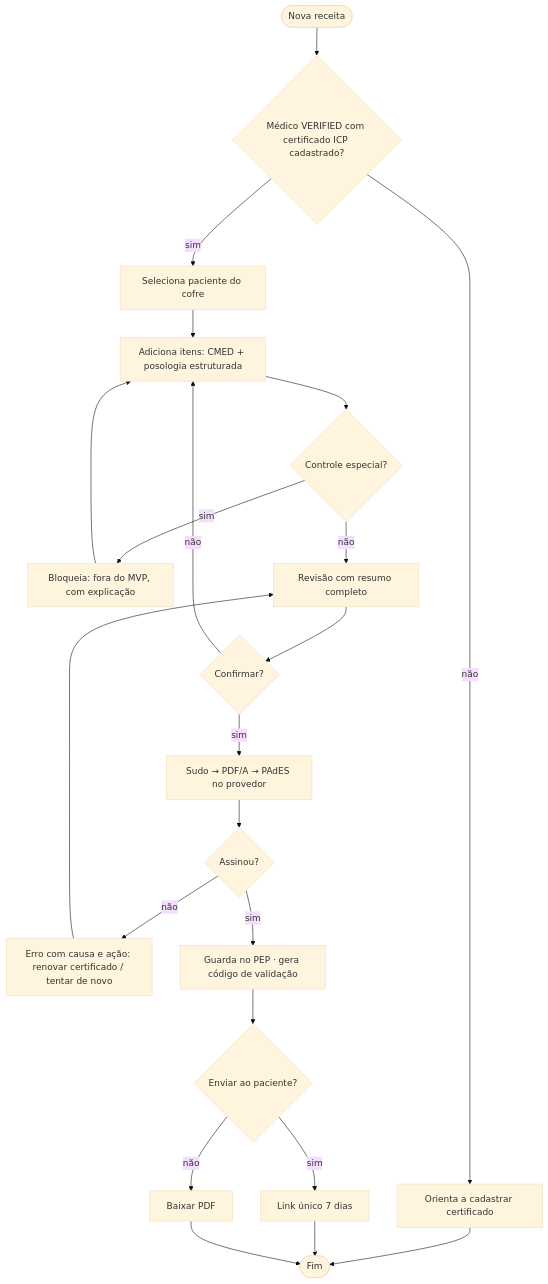
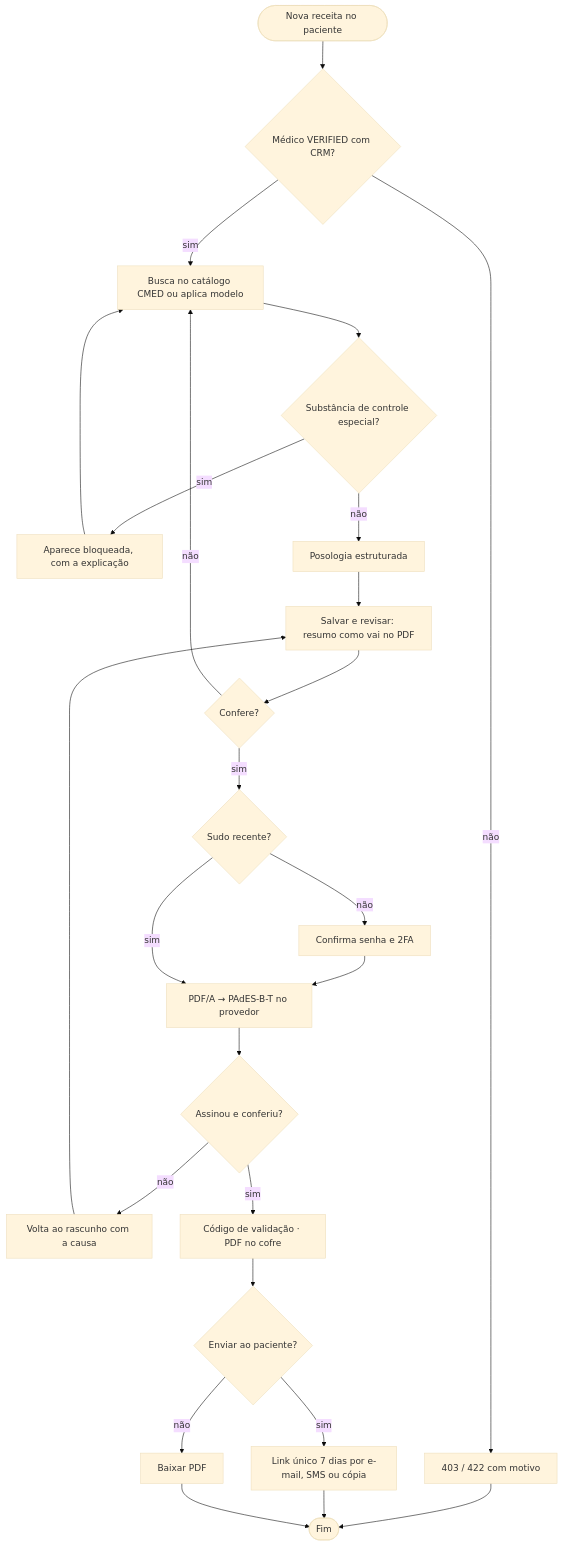
One commit to MatheusHaliski/doctor_explorer changed the fifth of 5 diagrams in docs/rf/RF09-prescricao-e-exames-icp.md. Above: the diagram before and after it, drawn with Mermaid (base theme). The commit also changed other lines of this file and 77 other files, not shown here.

First line of the commit message:
RF09: receita e pedido de exame em PDF/A com PAdES-B-T, QR, validador público e link de uso único

````diff
--- a/docs/rf/RF09-prescricao-e-exames-icp.md
+++ b/docs/rf/RF09-prescricao-e-exames-icp.md
@@ -176,20 +229,22 @@
 ```mermaid
 flowchart TD
-    A([Nova receita]) --> B{Médico VERIFIED com certificado ICP cadastrado?}
-    B -- não --> C[Orienta a cadastrar certificado] --> Z([Fim])
-    B -- sim --> D[Seleciona paciente do cofre]
-    D --> E[Adiciona itens: CMED + posologia estruturada]
-    E --> F{Controle especial?}
-    F -- sim --> G[Bloqueia: fora do MVP, com explicação] --> E
-    F -- não --> H[Revisão com resumo completo]
-    H --> I{Confirmar?}
+    A([Nova receita no paciente]) --> B{Médico VERIFIED com CRM?}
+    B -- não --> C[403 / 422 com motivo] --> Z([Fim])
+    B -- sim --> E[Busca no catálogo CMED ou aplica modelo]
+    E --> F{Substância de controle especial?}
+    F -- sim --> G[Aparece bloqueada, com a explicação] --> E
+    F -- não --> E2[Posologia estruturada]
+    E2 --> H[Salvar e revisar: resumo como vai no PDF]
+    H --> I{Confere?}
     I -- não --> E
-    I -- sim --> J[Sudo → PDF/A → PAdES no provedor]
-    J --> K{Assinou?}
-    K -- não --> L[Erro com causa e ação: renovar certificado / tentar de novo] --> H
-    K -- sim --> M[Guarda no PEP · gera código de validação]
+    I -- sim --> S{Sudo recente?}
+    S -- não --> S2[Confirma senha e 2FA] --> J
+    S -- sim --> J[PDF/A → PAdES-B-T no provedor]
+    J --> K{Assinou e conferiu?}
+    K -- não --> L[Volta ao rascunho com a causa] --> H
+    K -- sim --> M[Código de validação · PDF no cofre]
     M --> N{Enviar ao paciente?}
-    N -- sim --> O[Link único 7 dias]
+    N -- sim --> O[Link único 7 dias por e-mail, SMS ou cópia]
     N -- não --> P[Baixar PDF]
     O & P --> Z
 ```
````
